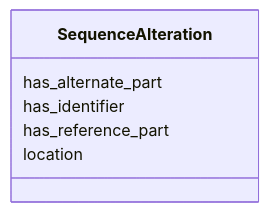
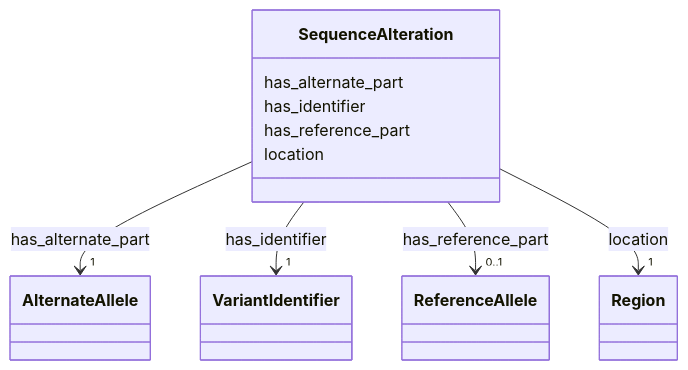
Before and after one commit to neurovasc/neugenfair: the diagram in schemas/docs/SequenceAlteration.md, drawn with Mermaid. The commit also changed other lines of this file and 22 other files, not shown here.

Commit message:
updated reference and Alternate Alleles

````diff
--- a/schemas/docs/SequenceAlteration.md
+++ b/schemas/docs/SequenceAlteration.md
@@ -18,14 +18,50 @@
 ```mermaid
  classDiagram
     class SequenceAlteration
     click SequenceAlteration href "../SequenceAlteration/"
       SequenceAlteration : has_alternate_part
         
+          
+    
+        
+        
+        SequenceAlteration --> "1" AlternateAllele : has_alternate_part
+        click AlternateAllele href "../AlternateAllele/"
+    
+
+        
       SequenceAlteration : has_identifier
+        
+          
+    
+        
+        
+        SequenceAlteration --> "1" VariantIdentifier : has_identifier
+        click VariantIdentifier href "../VariantIdentifier/"
+    
+
         
       SequenceAlteration : has_reference_part
         
+          
+    
+        
+        
+        SequenceAlteration --> "0..1" ReferenceAllele : has_reference_part
+        click ReferenceAllele href "../ReferenceAllele/"
+    
+
+        
       SequenceAlteration : location
+        
+          
+    
+        
+        
+        SequenceAlteration --> "1" Region : location
+        click Region href "../Region/"
+    
+
         
       
 ```
````
